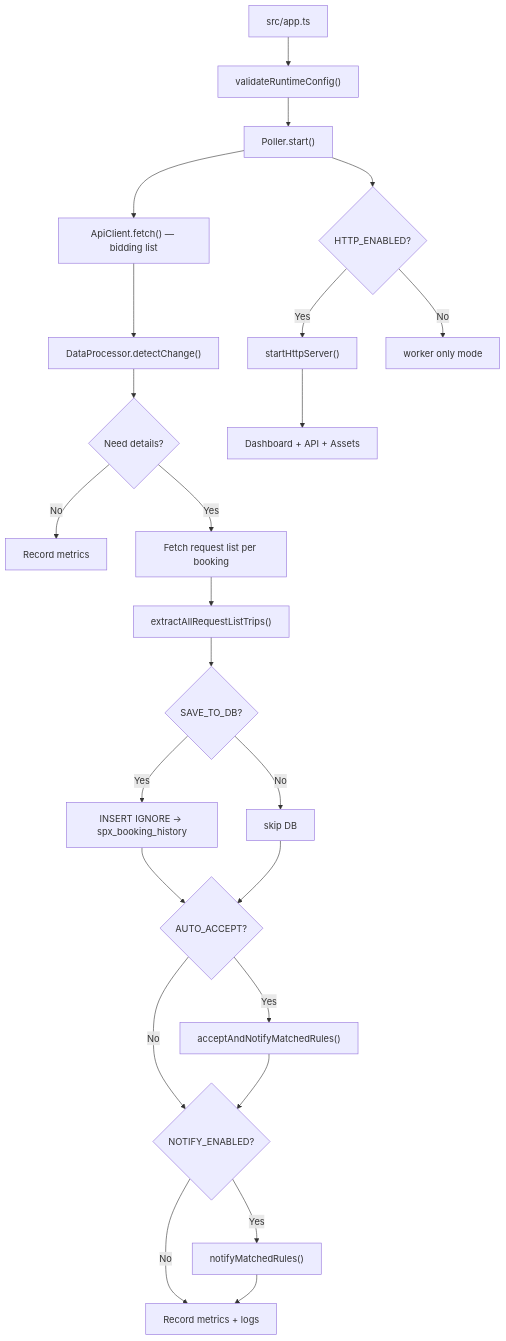
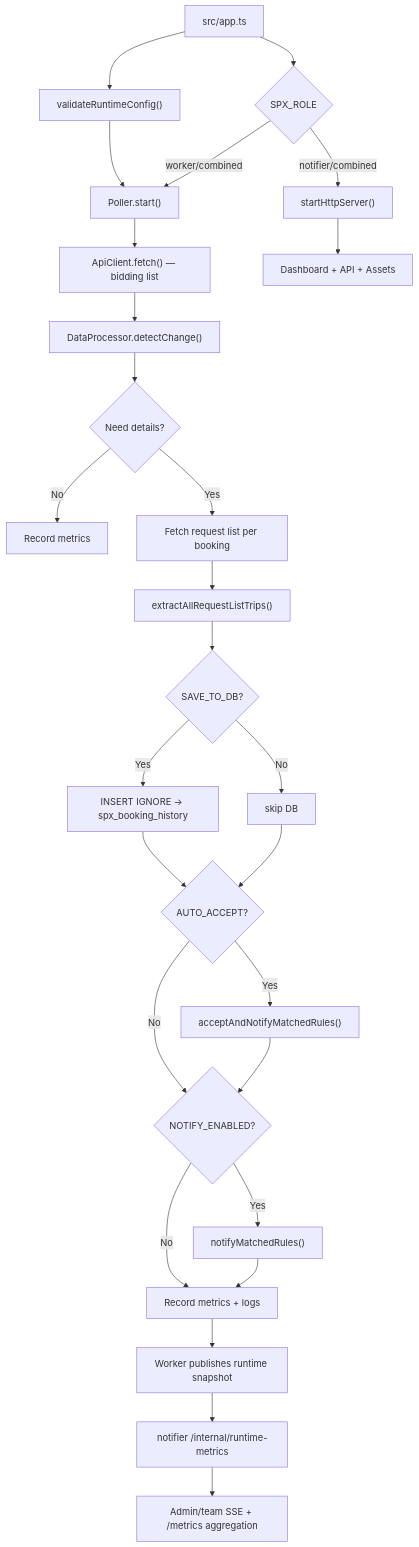
Before and after one commit to fastest4u/SPX: the diagram in docs/architecture.md, drawn with Mermaid. The commit also changed other lines of this file and 5 other files, not shown here.

````diff
--- a/docs/architecture.md
+++ b/docs/architecture.md
@@ -92,27 +97,30 @@
 ```mermaid
 flowchart TD
   A["src/app.ts"] --> B["validateRuntimeConfig()"]
   B --> C["Poller.start()"]
   C --> D["ApiClient.fetch() — bidding list"]
   D --> E["DataProcessor.detectChange()"]
   E --> F{"Need details?"}
   F -->|No| G["Record metrics"]
   F -->|Yes| H["Fetch request list per booking"]
   H --> I["extractAllRequestListTrips()"]
   I --> J{"SAVE_TO_DB?"}
   J -->|Yes| K["INSERT IGNORE → spx_booking_history"]
   J -->|No| L["skip DB"]
   K --> M{"AUTO_ACCEPT?"}
   L --> M
   M -->|Yes| AA["acceptAndNotifyMatchedRules()"]
   M -->|No| N{"NOTIFY_ENABLED?"}
   AA --> N
   N -->|Yes| O["notifyMatchedRules()"]
   N -->|No| P["Record metrics + logs"]
   O --> P
+  P --> RM["Worker publishes runtime snapshot"]
+  RM --> IC["notifier /internal/runtime-metrics"]
+  IC --> SSE["Admin/team SSE + /metrics aggregation"]
 
-  C --> Q{"HTTP_ENABLED?"}
-  Q -->|Yes| R["startHttpServer()"]
-  Q -->|No| S["worker only mode"]
+  A --> Q{"SPX_ROLE"}
+  Q -->|notifier/combined| R["startHttpServer()"]
+  Q -->|worker/combined| C
   R --> T["Dashboard + API + Assets"]
 ```
````
